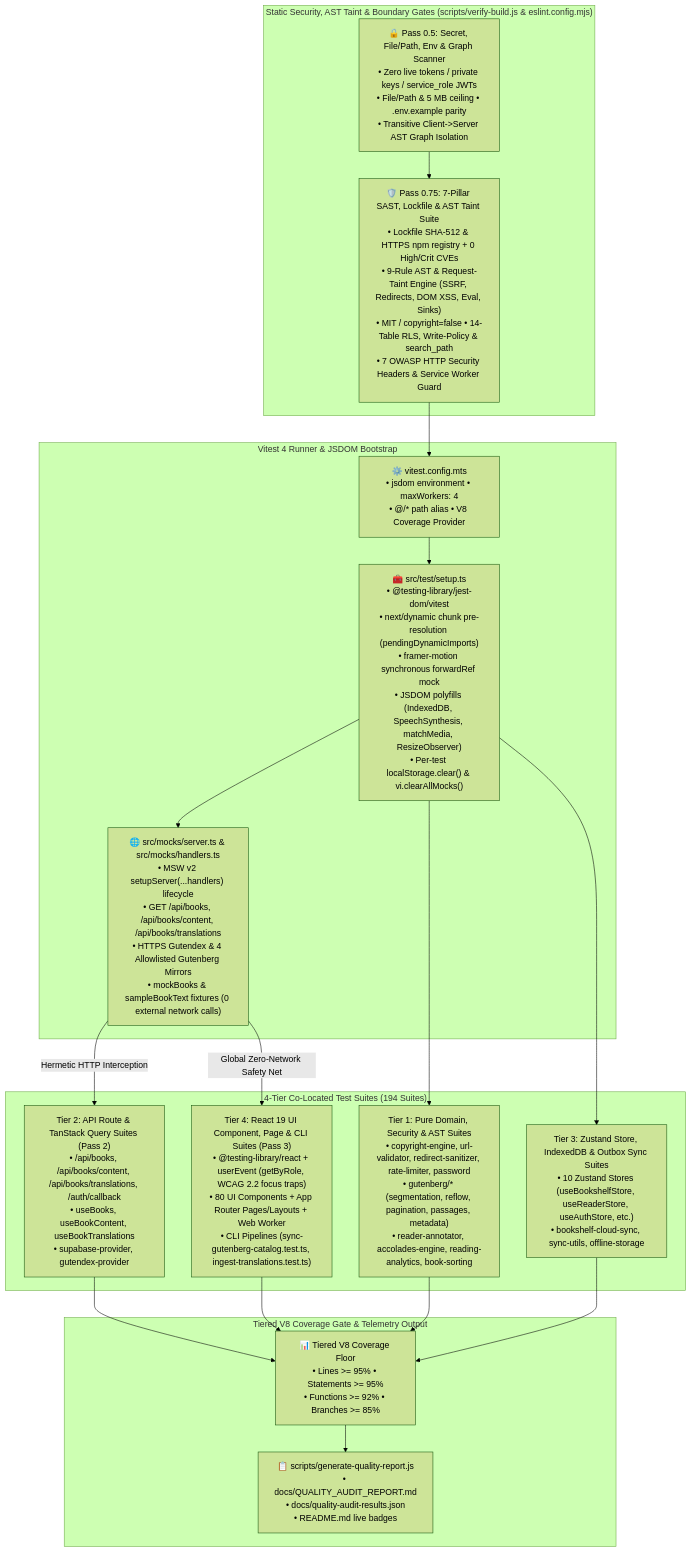
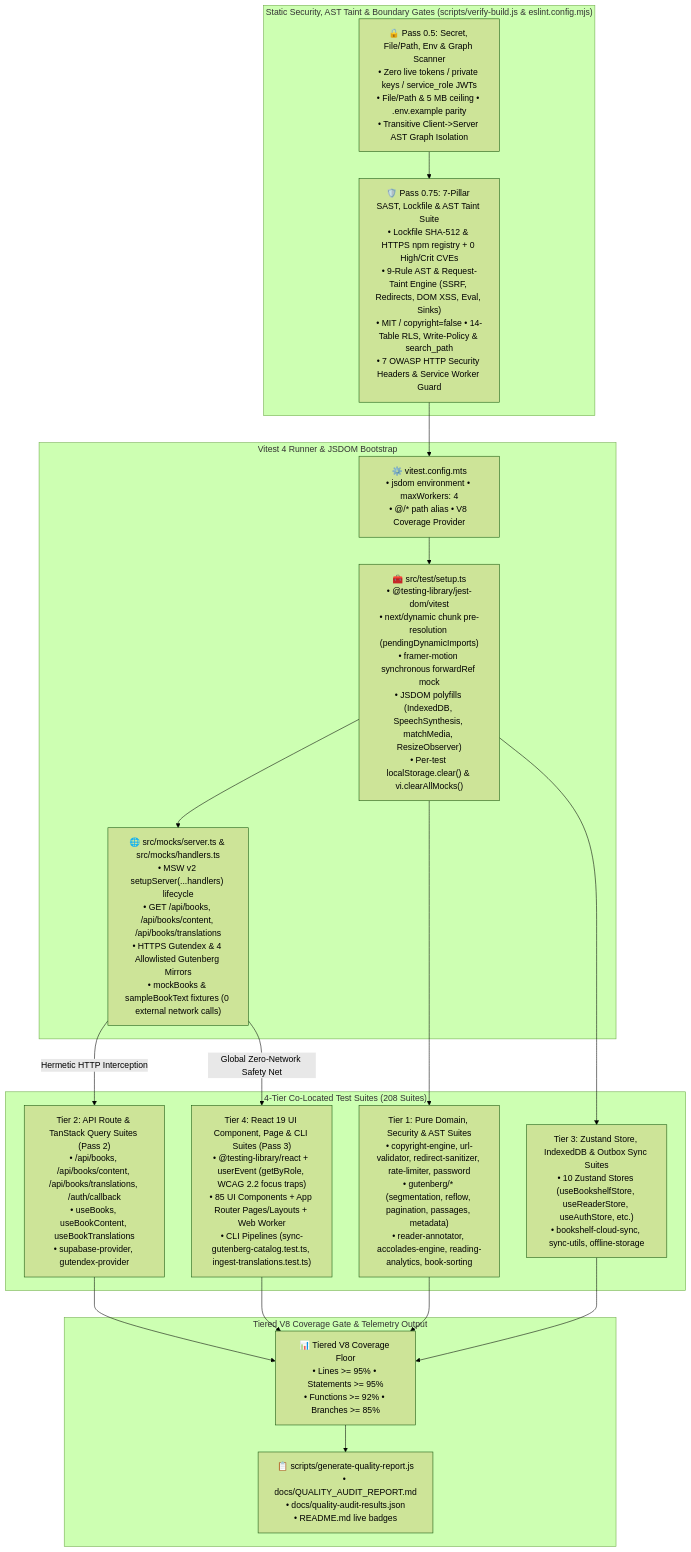
One commit to calin-m/Bookarium changed the fourth of 4 diagrams in README.md. Above: the diagram before and after it, drawn with Mermaid (forest theme). The commit also changed other lines of this file and 62 other files, not shown here.

First line of the commit message:
refactor(architecture): tactile reader overlay bars, hold-to-scrub tab disambiguation, and 4-wave modular decomposition

````diff
--- a/README.md
+++ b/README.md
@@ -608,39 +608,39 @@
 ```mermaid
 flowchart TD
     subgraph SecurityGates ["Static Security, AST Taint & Boundary Gates (scripts/verify-build.js & eslint.config.mjs)"]
         Pass05["🔒 Pass 0.5: Secret, File/Path, Env & Graph Scanner\n• Zero live tokens / private keys / service_role JWTs\n• File/Path & 5 MB ceiling • .env.example parity\n• Transitive Client->Server AST Graph Isolation"]
         Pass075["🛡️ Pass 0.75: 7-Pillar SAST, Lockfile & AST Taint Suite\n• Lockfile SHA-512 & HTTPS npm registry + 0 High/Crit CVEs\n• 9-Rule AST & Request-Taint Engine (SSRF, Redirects, DOM XSS, Eval, Sinks)\n• MIT / copyright=false • 14-Table RLS, Write-Policy & search_path\n• 7 OWASP HTTP Security Headers & Service Worker Guard"]
     end
 
     subgraph TestRunner ["Vitest 4 Runner & JSDOM Bootstrap"]
         VitestCfg["⚙️ vitest.config.mts\n• jsdom environment • maxWorkers: 4\n• @/* path alias • V8 Coverage Provider"]
         TestSetup["🧰 src/test/setup.ts\n• @testing-library/jest-dom/vitest\n• next/dynamic chunk pre-resolution (pendingDynamicImports)\n• framer-motion synchronous forwardRef mock\n• JSDOM polyfills (IndexedDB, SpeechSynthesis, matchMedia, ResizeObserver)\n• Per-test localStorage.clear() & vi.clearAllMocks()"]
         MSWServer["🌐 src/mocks/server.ts & src/mocks/handlers.ts\n• MSW v2 setupServer(...handlers) lifecycle\n• GET /api/books, /api/books/content, /api/books/translations\n• HTTPS Gutendex & 4 Allowlisted Gutenberg Mirrors\n• mockBooks & sampleBookText fixtures (0 external network calls)"]
     end
 
-    subgraph TestTiers ["4-Tier Co-Located Test Suites (194 Suites)"]
+    subgraph TestTiers ["4-Tier Co-Located Test Suites (208 Suites)"]
         Tier1["Tier 1: Pure Domain, Security & AST Suites\n• copyright-engine, url-validator, redirect-sanitizer, rate-limiter, password\n• gutenberg/* (segmentation, reflow, pagination, passages, metadata)\n• reader-annotator, accolades-engine, reading-analytics, book-sorting"]
         Tier2["Tier 2: API Route & TanStack Query Suites (Pass 2)\n• /api/books, /api/books/content, /api/books/translations, /auth/callback\n• useBooks, useBookContent, useBookTranslations\n• supabase-provider, gutendex-provider"]
         Tier3["Tier 3: Zustand Store, IndexedDB & Outbox Sync Suites\n• 10 Zustand Stores (useBookshelfStore, useReaderStore, useAuthStore, etc.)\n• bookshelf-cloud-sync, sync-utils, offline-storage"]
-        Tier4["Tier 4: React 19 UI Component, Page & CLI Suites (Pass 3)\n• @testing-library/react + userEvent (getByRole, WCAG 2.2 focus traps)\n• 80 UI Components + App Router Pages/Layouts + Web Worker\n• CLI Pipelines (sync-gutenberg-catalog.test.ts, ingest-translations.test.ts)"]
+        Tier4["Tier 4: React 19 UI Component, Page & CLI Suites (Pass 3)\n• @testing-library/react + userEvent (getByRole, WCAG 2.2 focus traps)\n• 85 UI Components + App Router Pages/Layouts + Web Worker\n• CLI Pipelines (sync-gutenberg-catalog.test.ts, ingest-translations.test.ts)"]
     end
 
     subgraph CoverageGate ["Tiered V8 Coverage Gate & Telemetry Output"]
         V8Thresholds["📊 Tiered V8 Coverage Floor\n• Lines >= 95% • Statements >= 95%\n• Functions >= 92% • Branches >= 85%"]
         QualityReport["📋 scripts/generate-quality-report.js\n• docs/QUALITY_AUDIT_REPORT.md\n• docs/quality-audit-results.json\n• README.md live badges"]
     end
 
     Pass05 --> Pass075
     Pass075 --> VitestCfg
     VitestCfg --> TestSetup
     TestSetup --> MSWServer
     TestSetup --> Tier1
     MSWServer -->|"Hermetic HTTP Interception"| Tier2
     TestSetup --> Tier3
     MSWServer -->|"Global Zero-Network Safety Net"| Tier4
     Tier1 --> V8Thresholds
     Tier2 --> V8Thresholds
     Tier3 --> V8Thresholds
     Tier4 --> V8Thresholds
     V8Thresholds --> QualityReport
 ```
````
